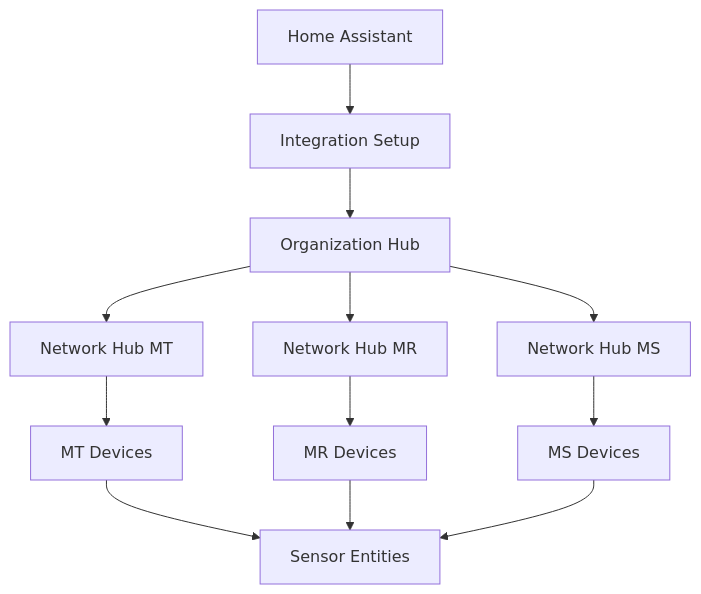
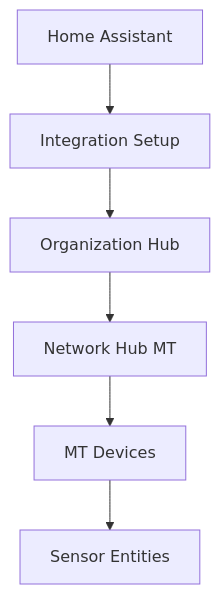
Before and after one commit to rknightion/meraki-dashboard-ha: the first of 2 diagrams in docs/architecture.md, drawn with Mermaid. The commit also changed other lines of this file and 79 other files, not shown here.

````diff
--- a/docs/architecture.md
+++ b/docs/architecture.md
@@ -9,14 +14,8 @@
 ```mermaid
 graph TD
     A[Home Assistant] --> B[Integration Setup]
     B --> C[Organization Hub]
     C --> D[Network Hub MT]
-    C --> E[Network Hub MR]
-    C --> F[Network Hub MS]
     D --> G[MT Devices]
-    E --> H[MR Devices]
-    F --> I[MS Devices]
     G --> J[Sensor Entities]
-    H --> J
-    I --> J
 ```
````
